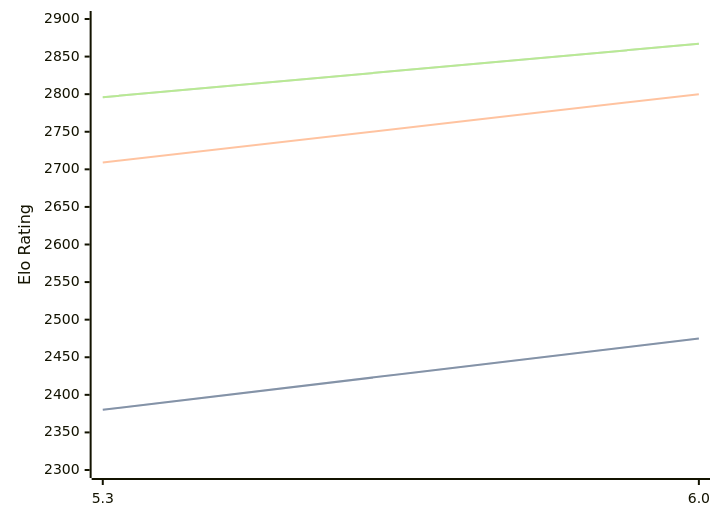
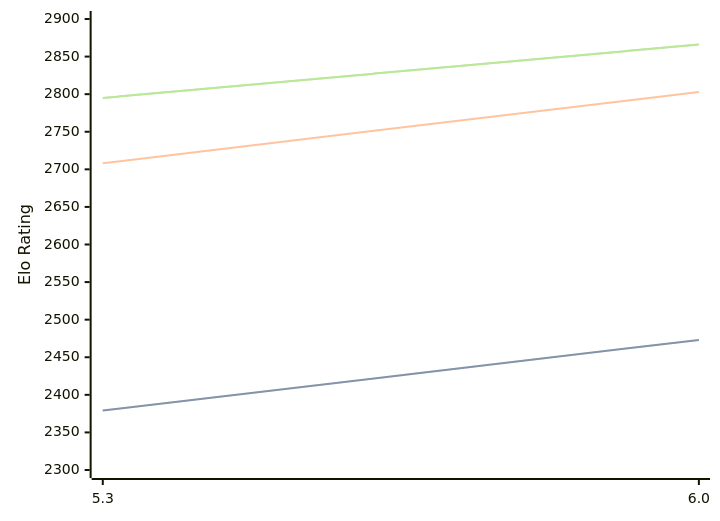
The third of 3 diagrams in engines/tomitankChess.md (computer-chess-index/cci), drawn with Mermaid before and after one commit. The commit also changed other lines of this file, not shown here.

Commit message:
Update CCI Ratings (ELO VLTC) - 2026-06-27

````diff
--- a/engines/tomitankChess.md
+++ b/engines/tomitankChess.md
@@ -73,11 +73,11 @@
 ```mermaid
 %%{init: {"theme":"base","themeVariables":{"seriesColors:['#a3a3a3','#222221','#faa371']}}}%%
 xychart-beta
   x-axis ["5.3", "6.0"]
   y-axis "Elo Rating" 2300 --> 2900
-  line "STC (8.0+0.08s)" [2380, 2475]
-  line "STC (8.0+0.08s)" [2380, 2475]
-  line "LTC (60.0+0.60s)" [2709, 2800]
-  line "VLTC (2m24s+1.12s)" [2796, 2867]
-  line "VLTC (2m24s+1.12s)" [2796, 2867]
+  line "STC (8.0+0.08s)" [2379, 2473]
+  line "STC (8.0+0.08s)" [2379, 2473]
+  line "LTC (60.0+0.60s)" [2708, 2803]
+  line "VLTC (2m24s+1.12s)" [2795, 2866]
+  line "VLTC (2m24s+1.12s)" [2795, 2866]
 ```
````
